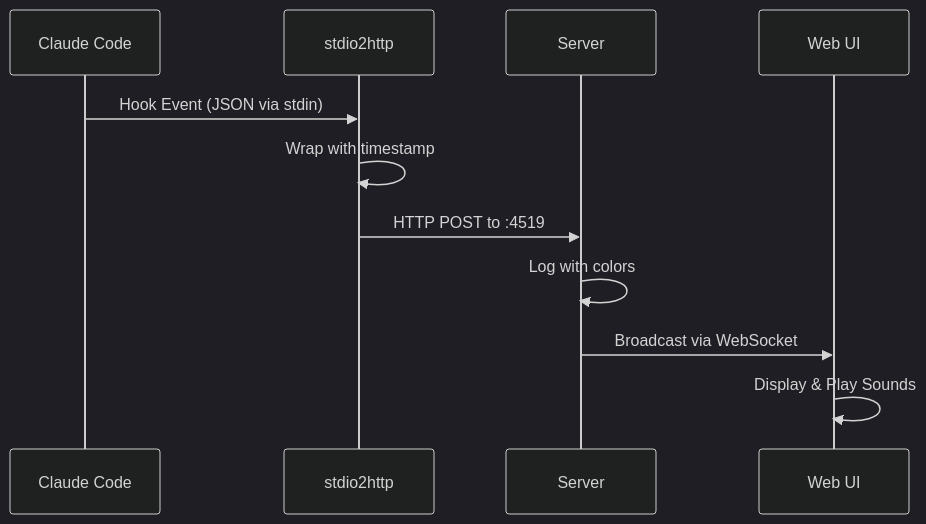
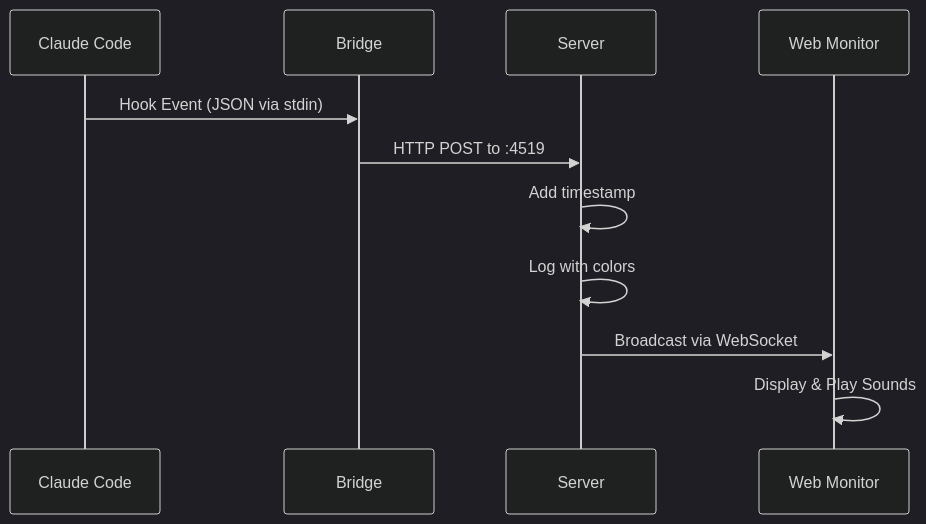
One commit to williamkapke/MadameClaude changed the second of 2 diagrams in README.md. Above: the diagram before and after it, drawn with Mermaid (dark theme). The commit also changed other lines of this file and 1 other file, not shown here.

````diff
--- a/README.md
+++ b/README.md
@@ -30,14 +29,14 @@
 ```mermaid
 sequenceDiagram
     participant CC as Claude Code
-    participant S2H as stdio2http
+    participant BR as Bridge
     participant SRV as Server
-    participant UI as Web UI
+    participant UI as Web Monitor
     
-    CC->>S2H: Hook Event (JSON via stdin)
-    S2H->>S2H: Wrap with timestamp
-    S2H->>SRV: HTTP POST to :4519
+    CC->>BR: Hook Event (JSON via stdin)
+    BR->>SRV: HTTP POST to :4519
+    SRV->>SRV: Add timestamp
     SRV->>SRV: Log with colors
     SRV->>UI: Broadcast via WebSocket
     UI->>UI: Display & Play Sounds
 ```
````
